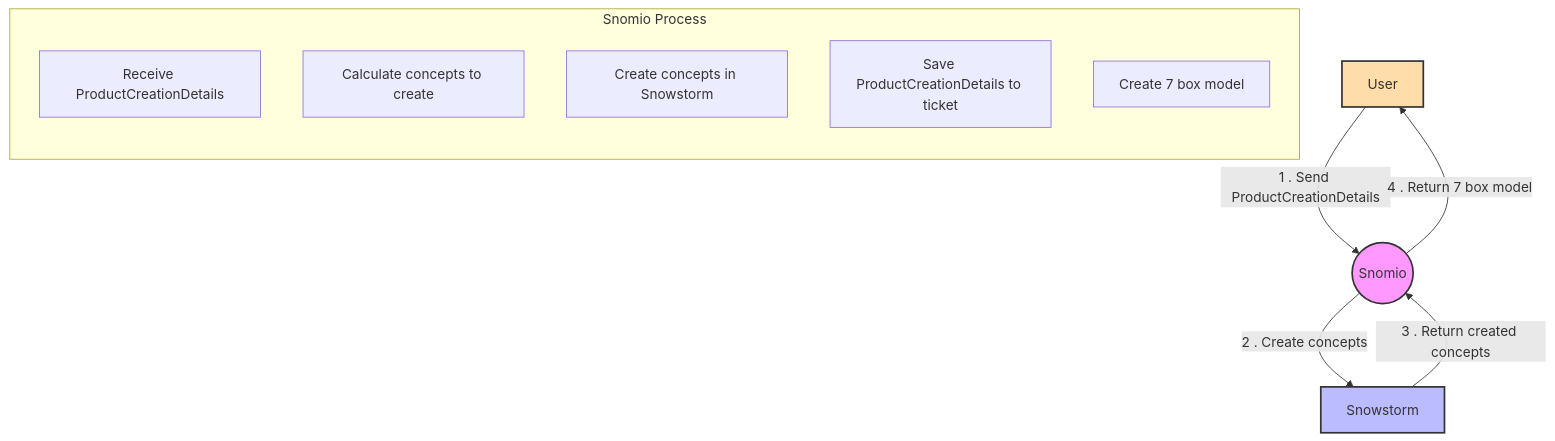
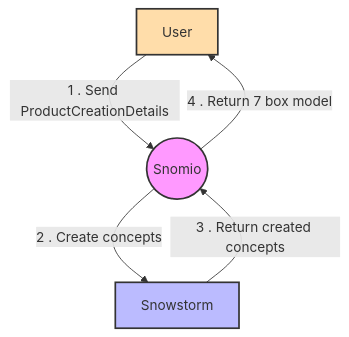
One commit to AuDigitalHealth/lingo changed the sixth of 7 diagrams in docs/design/integration-points.md. Above: the diagram before and after it, drawn with Mermaid. The commit also changed other lines of this file and 10 other files, not shown here.

````diff
--- a/docs/design/integration-points.md
+++ b/docs/design/integration-points.md
@@ -193,22 +185,13 @@
 ```mermaid
 graph TB
-    subgraph Snomio Process
-        direction TB
-        ReceivePayload[Receive ProductCreationDetails]
-        CalculateConcepts[Calculate concepts to create]
-        CreateConcepts[Create concepts in Snowstorm]
-        SaveDetails[Save ProductCreationDetails to ticket]
-        Create7BoxModel[Create 7 box model]
-    end
-
     User[User]
     Snomio((Snomio))
     Snowstorm[Snowstorm]
     User -->|1 . Send ProductCreationDetails| Snomio
     Snomio -->|2 . Create concepts| Snowstorm
     Snowstorm -->|3 . Return created concepts| Snomio
     Snomio -->|4 . Return 7 box model| User
     style User fill: #fda, stroke: #333, stroke-width: 2px
     style Snomio fill: #f9f, stroke: #333, stroke-width: 2px
     style Snowstorm fill: #bbf, stroke: #333, stroke-width: 2px
 ```
````
